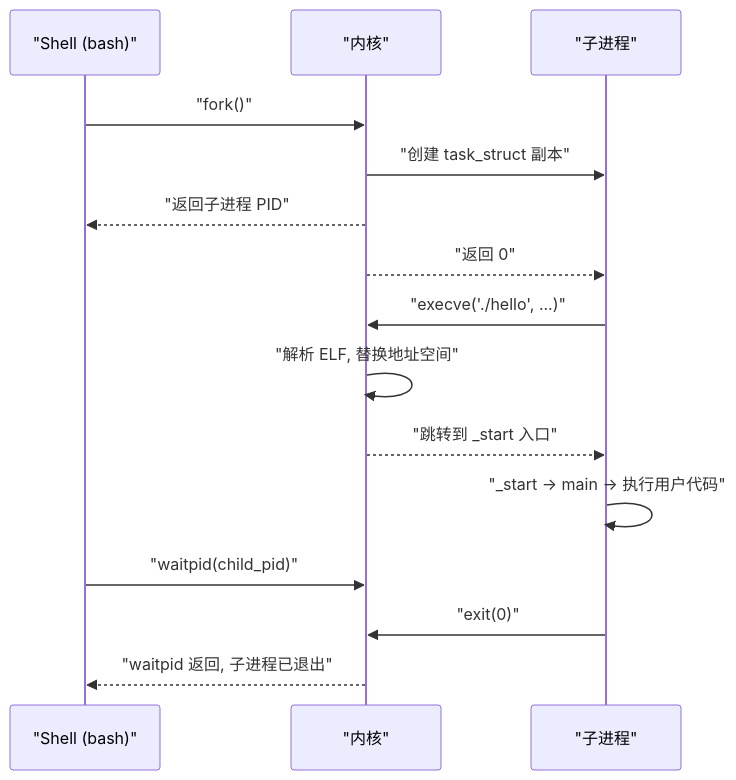
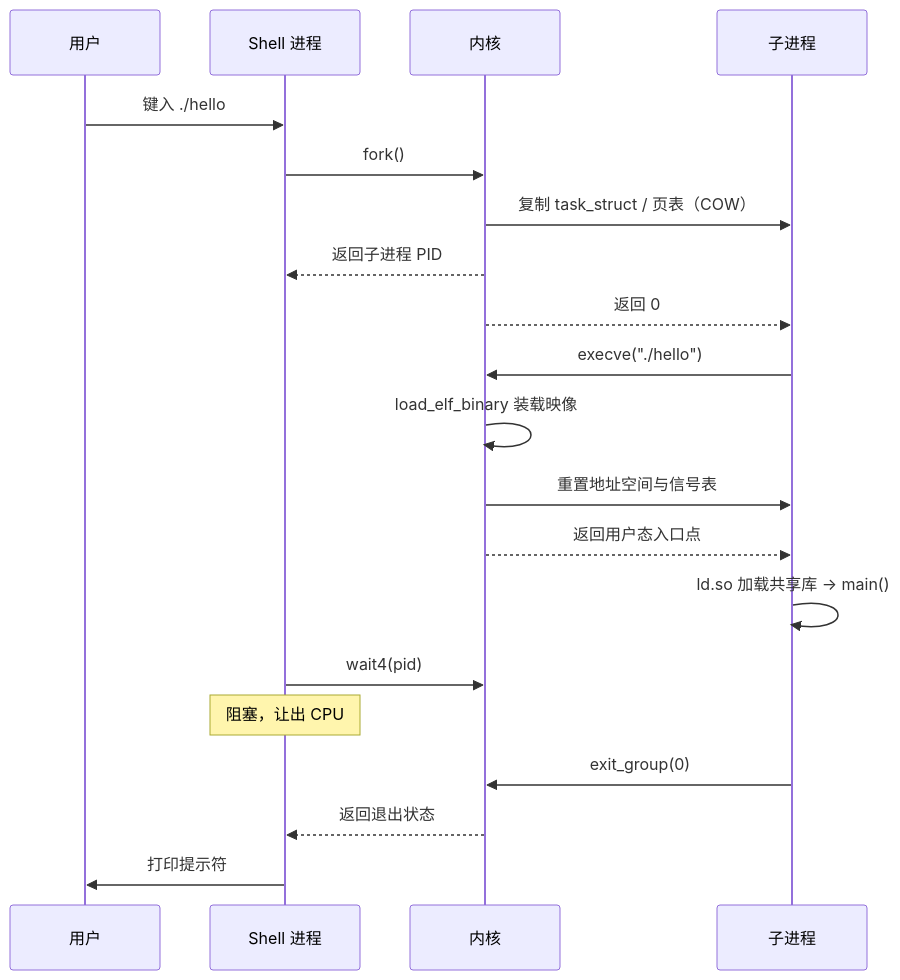
Before and after one commit to hpliStartAgain/my-brain: the first of 2 diagrams in content/Linux/进程管理/01 进程的本质——从程序到进程，操作系统在背后做了什么.md, drawn with Mermaid. The commit also changed other lines of this file and 47 other files, not shown here.

````diff
--- a/content/Linux/进程管理/01 进程的本质——从程序到进程，操作系统在背后做了什么.md
+++ b/content/Linux/进程管理/01 进程的本质——从程序到进程，操作系统在背后做了什么.md
@@ -343,18 +237,23 @@
 ```mermaid
+%%{init: {'theme': 'dracula'}}%%
 sequenceDiagram
-    participant Shell as "Shell (bash)"
-    participant Kernel as "内核"
-    participant Child as "子进程"
-
-    Shell->>Kernel: "fork()"
-    Kernel->>Child: "创建 task_struct 副本"
-    Kernel-->>Shell: "返回子进程 PID"
-    Kernel-->>Child: "返回 0"
-    Child->>Kernel: "execve('./hello', ...)"
-    Kernel->>Kernel: "解析 ELF, 替换地址空间"
-    Kernel-->>Child: "跳转到 _start 入口"
-    Child->>Child: "_start → main → 执行用户代码"
-    Shell->>Kernel: "waitpid(child_pid)"
-    Child->>Kernel: "exit(0)"
-    Kernel-->>Shell: "waitpid 返回, 子进程已退出"
+    participant U as 用户
+    participant S as Shell 进程
+    participant K as 内核
+    participant C as 子进程
+    U->>S: 键入 ./hello
+    S->>K: fork()
+    K->>C: 复制 task_struct / 页表（COW）
+    K-->>S: 返回子进程 PID
+    K-->>C: 返回 0
+    C->>K: execve("./hello")
+    K->>K: load_elf_binary 装载映像
+    K->>C: 重置地址空间与信号表
+    K-->>C: 返回用户态入口点
+    C->>C: ld.so 加载共享库 → main()
+    S->>K: wait4(pid)
+    Note over S: 阻塞，让出 CPU
+    C->>K: exit_group(0)
+    K-->>S: 返回退出状态
+    S->>U: 打印提示符
 ```
````
